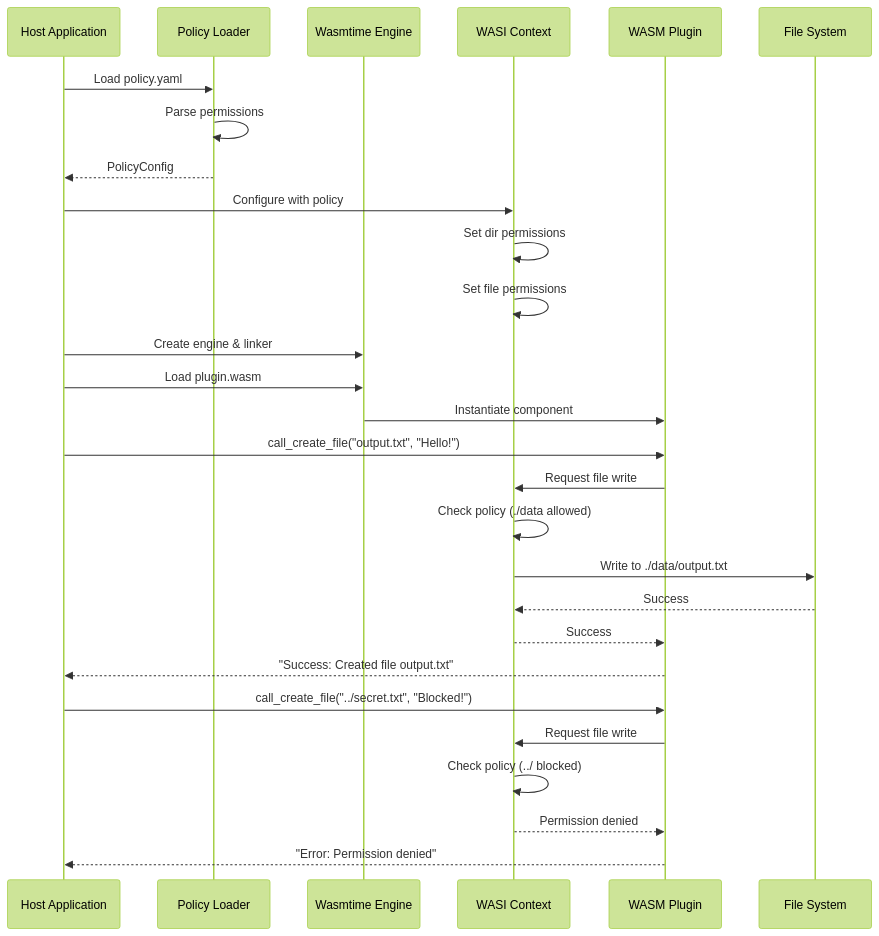
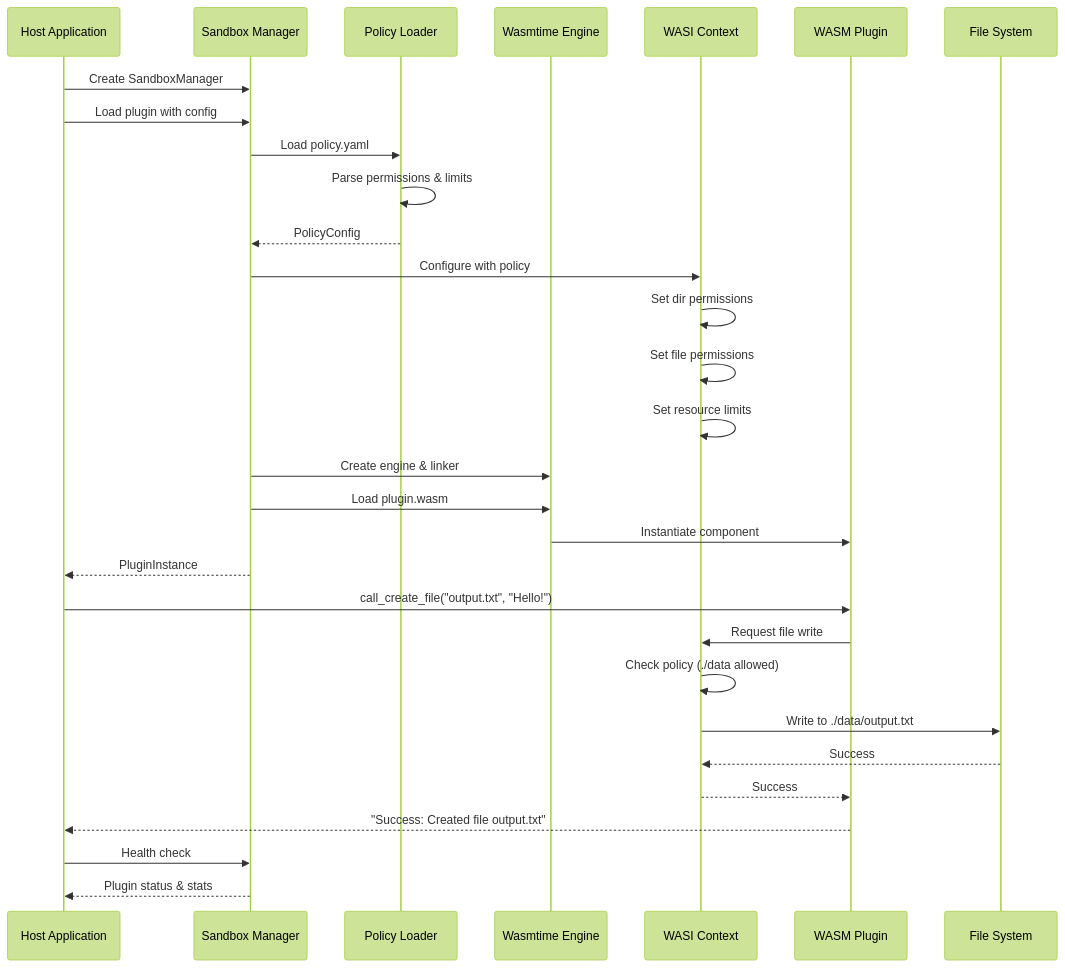
Before and after one commit to monshri/contextforge-plugins-framework: the first of 3 diagrams in sandboxing/Readme.md, drawn with Mermaid (forest theme). The commit also changed other lines of this file, not shown here.

````diff
--- a/sandboxing/Readme.md
+++ b/sandboxing/Readme.md
@@ -9,35 +11,37 @@
 ```mermaid
 sequenceDiagram
     participant Host as Host Application
+    participant Manager as Sandbox Manager
     participant Policy as Policy Loader
     participant Engine as Wasmtime Engine
     participant WASI as WASI Context
     participant Plugin as WASM Plugin
     participant FS as File System
 
-    Host->>Policy: Load policy.yaml
-    Policy->>Policy: Parse permissions
-    Policy-->>Host: PolicyConfig
+    Host->>Manager: Create SandboxManager
+    Host->>Manager: Load plugin with config
+    Manager->>Policy: Load policy.yaml
+    Policy->>Policy: Parse permissions & limits
+    Policy-->>Manager: PolicyConfig
     
-    Host->>WASI: Configure with policy
+    Manager->>WASI: Configure with policy
     WASI->>WASI: Set dir permissions
     WASI->>WASI: Set file permissions
+    WASI->>WASI: Set resource limits
     
-    Host->>Engine: Create engine & linker
-    Host->>Engine: Load plugin.wasm
+    Manager->>Engine: Create engine & linker
+    Manager->>Engine: Load plugin.wasm
     Engine->>Plugin: Instantiate component
+    Manager-->>Host: PluginInstance
     
     Host->>Plugin: call_create_file("output.txt", "Hello!")
     Plugin->>WASI: Request file write
     WASI->>WASI: Check policy (./data allowed)
     WASI->>FS: Write to ./data/output.txt
     FS-->>WASI: Success
     WASI-->>Plugin: Success
     Plugin-->>Host: "Success: Created file output.txt"
     
-    Host->>Plugin: call_create_file("../secret.txt", "Blocked!")
-    Plugin->>WASI: Request file write
-    WASI->>WASI: Check policy (../ blocked)
-    WASI-->>Plugin: Permission denied
-    Plugin-->>Host: "Error: Permission denied"
+    Host->>Manager: Health check
+    Manager-->>Host: Plugin status & stats
 ```
````
